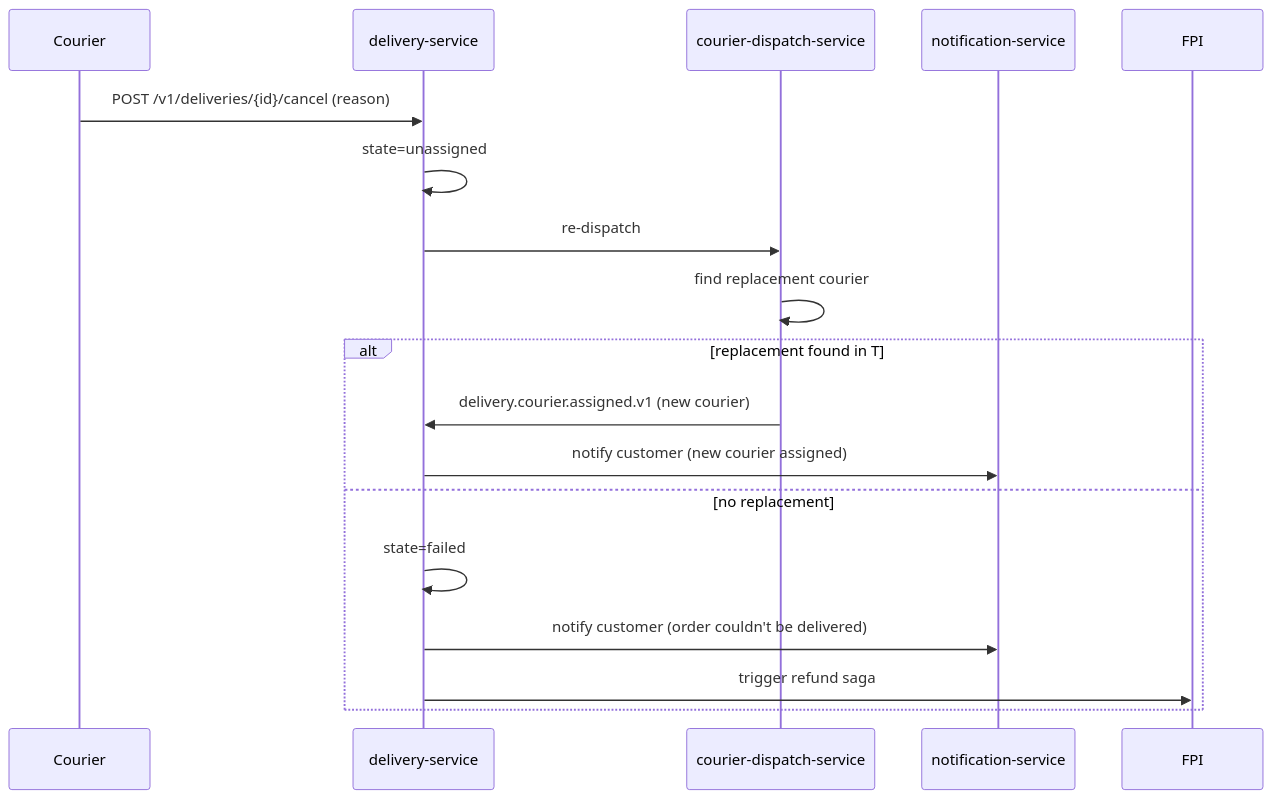
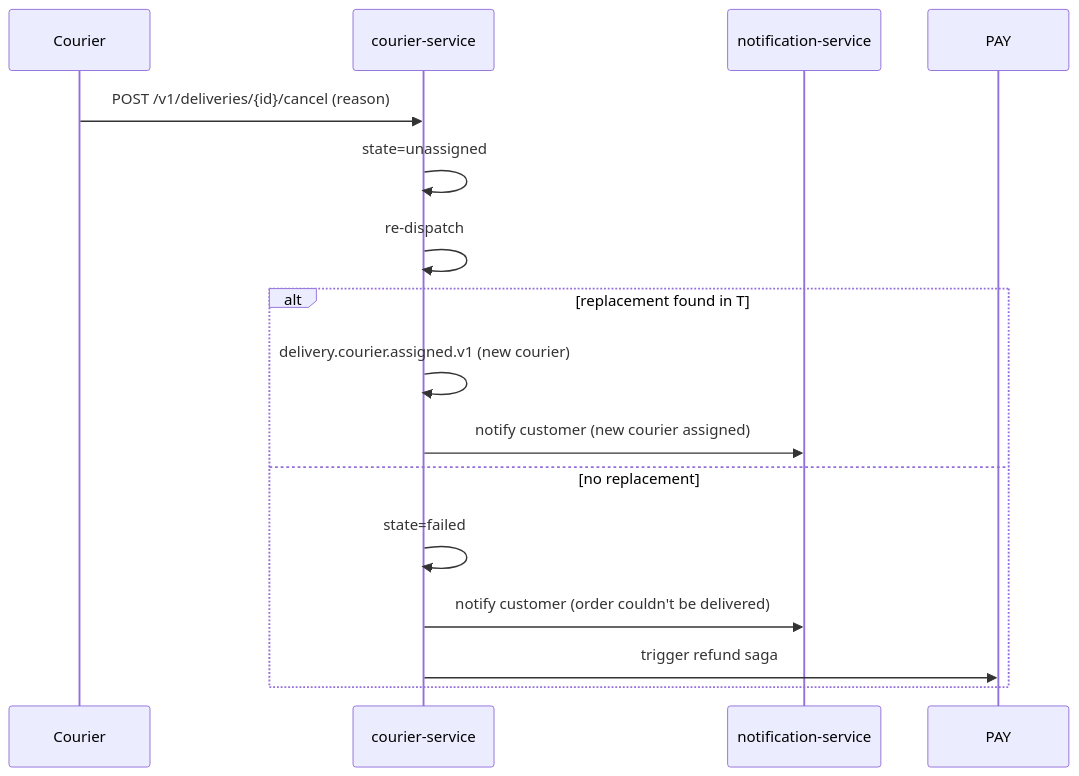
The eighth of 12 diagrams in docs/workflows/FOOD_ORDER_WORKFLOWS.md (mohamedhabibwork/trips-enjoy-docs), drawn with Mermaid before and after one commit. The commit also changed other lines of this file and 525 other files, not shown here.

````diff
--- a/docs/workflows/FOOD_ORDER_WORKFLOWS.md
+++ b/docs/workflows/FOOD_ORDER_WORKFLOWS.md
@@ -255,20 +238,18 @@
 ```mermaid
 sequenceDiagram
     participant CUR as Courier
-    participant DLV as delivery-service
-    participant CDP as courier-dispatch-service
+    participant COS as courier-service
     participant NOT as notification-service
 
-    CUR->>DLV: POST /v1/deliveries/{id}/cancel (reason)
-    DLV->>DLV: state=unassigned
-    DLV->>CDP: re-dispatch
-    CDP->>CDP: find replacement courier
+    CUR->>COS: POST /v1/deliveries/{id}/cancel (reason)
+    COS->>COS: state=unassigned
+    COS->>COS: re-dispatch
     alt replacement found in T
-        CDP->>DLV: delivery.courier.assigned.v1 (new courier)
-        DLV->>NOT: notify customer (new courier assigned)
+        COS->>COS: delivery.courier.assigned.v1 (new courier)
+        COS->>NOT: notify customer (new courier assigned)
     else no replacement
-        DLV->>DLV: state=failed
-        DLV->>NOT: notify customer (order couldn't be delivered)
-        DLV->>FPI: trigger refund saga
+        COS->>COS: state=failed
+        COS->>NOT: notify customer (order couldn't be delivered)
+        COS->>PAY: trigger refund saga
     end
 ```
````
